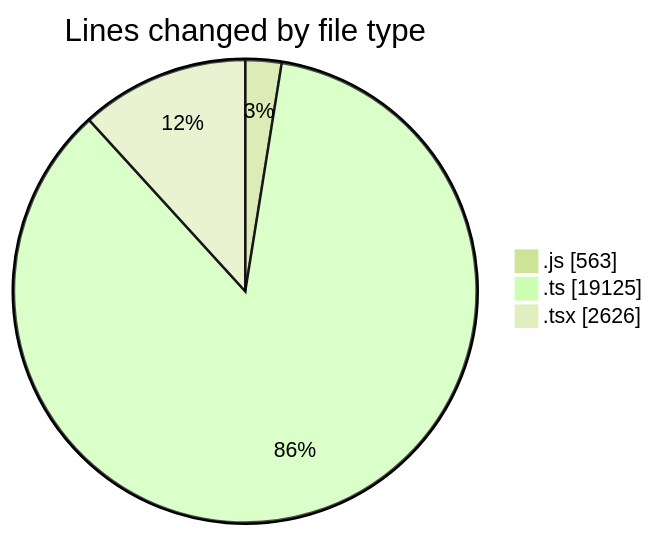
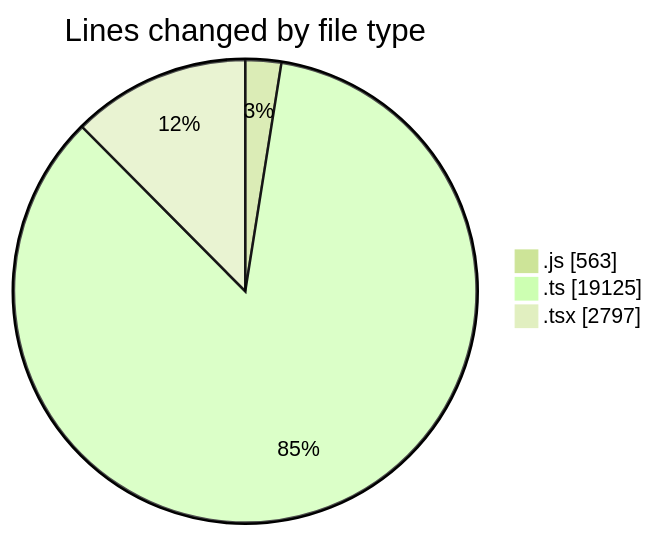
Before and after one commit to momahboobian/code-tracking: the first of 2 diagrams in 2025-11-14/cda/README.md, drawn with Mermaid (forest theme). The commit also changed other lines of this file and 1 other file, not shown here.

````diff
--- a/2025-11-14/cda/README.md
+++ b/2025-11-14/cda/README.md
@@ -41,7 +41,7 @@
 ```mermaid
 pie showData
 title Lines changed by file type
 ".js" : 563
 ".ts" : 19125
-".tsx" : 2626
+".tsx" : 2797
 ```
````
